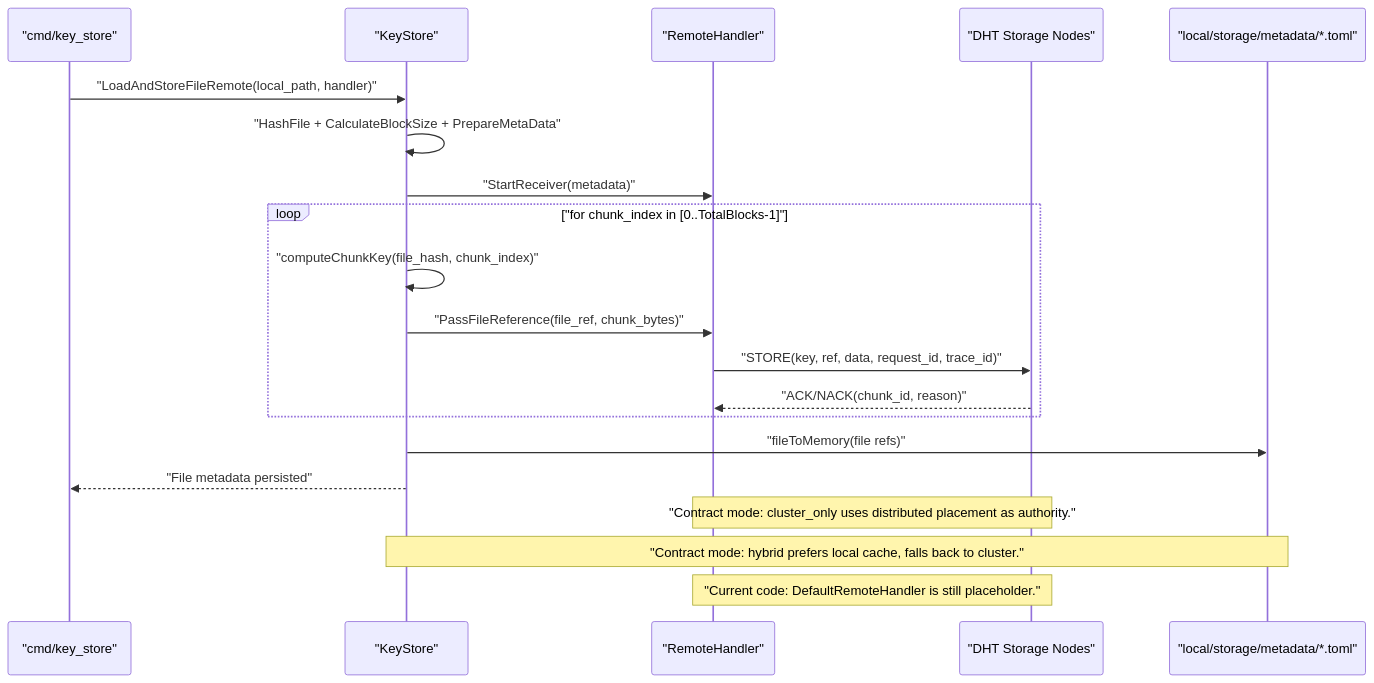
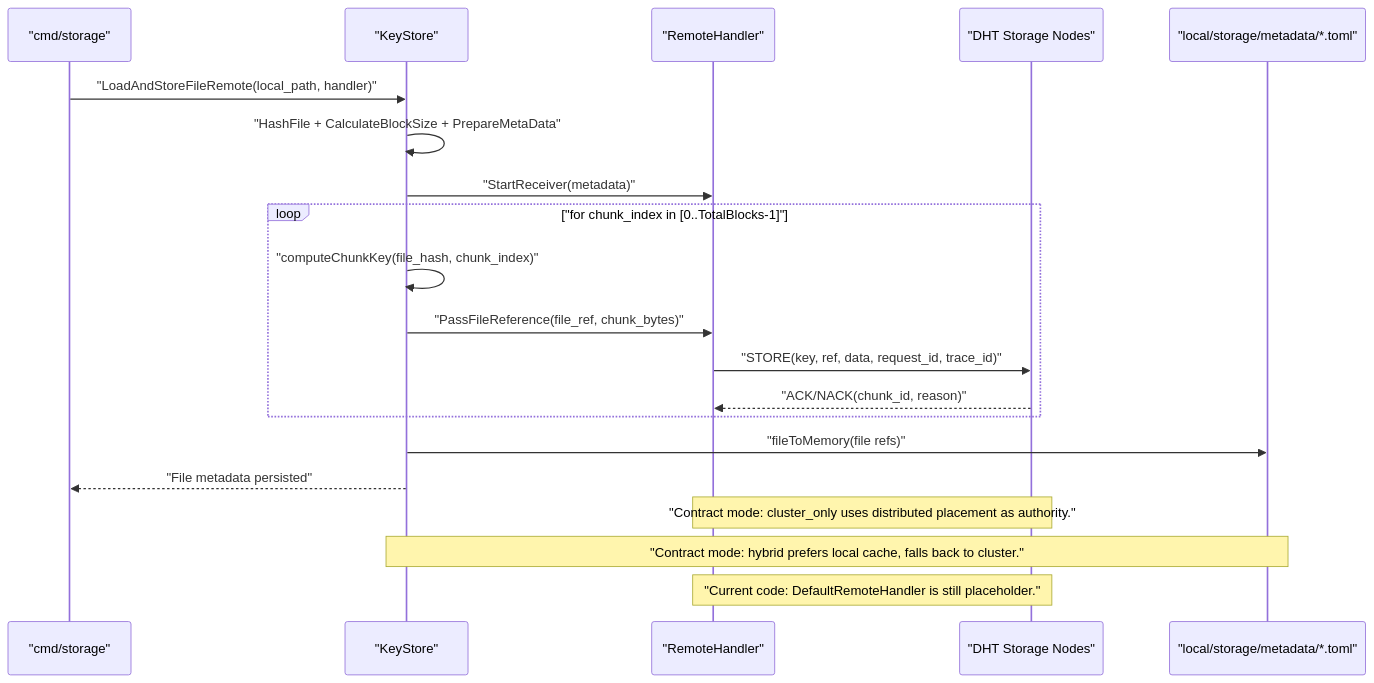
One commit to danmuck/dps_files changed the diagram in docs/architecture/models/keystore_remote_flow.mmd. Above: the diagram before and after it, drawn with Mermaid. The commit also changed 13 other files, not shown here.

Commit message:
rename -> cmd/storage

```diff
--- a/docs/architecture/models/keystore_remote_flow.mmd
+++ b/docs/architecture/models/keystore_remote_flow.mmd
@@ -1,24 +1,24 @@
 sequenceDiagram
-  participant CLI as "cmd/key_store"
+  participant CLI as "cmd/storage"
   participant KS as "KeyStore"
   participant RH as "RemoteHandler"
   participant DHT as "DHT Storage Nodes"
   participant META as "local/storage/metadata/*.toml"
 
   CLI->>KS: "LoadAndStoreFileRemote(local_path, handler)"
   KS->>KS: "HashFile + CalculateBlockSize + PrepareMetaData"
   KS->>RH: "StartReceiver(metadata)"
 
   loop "for chunk_index in [0..TotalBlocks-1]"
     KS->>KS: "computeChunkKey(file_hash, chunk_index)"
     KS->>RH: "PassFileReference(file_ref, chunk_bytes)"
     RH->>DHT: "STORE(key, ref, data, request_id, trace_id)"
     DHT-->>RH: "ACK/NACK(chunk_id, reason)"
   end
 
   KS->>META: "fileToMemory(file refs)"
   KS-->>CLI: "File metadata persisted"
 
   Note over RH,DHT: "Contract mode: cluster_only uses distributed placement as authority."
   Note over KS,META: "Contract mode: hybrid prefers local cache, falls back to cluster."
   Note over RH,DHT: "Current code: DefaultRemoteHandler is still placeholder."
```
